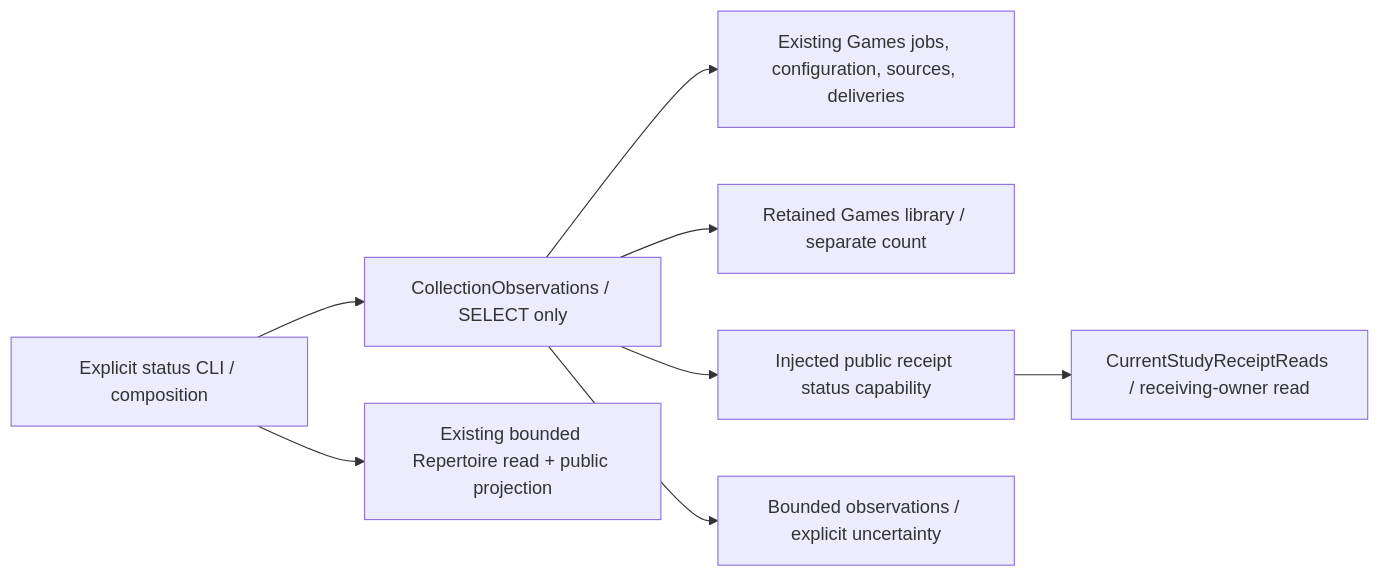
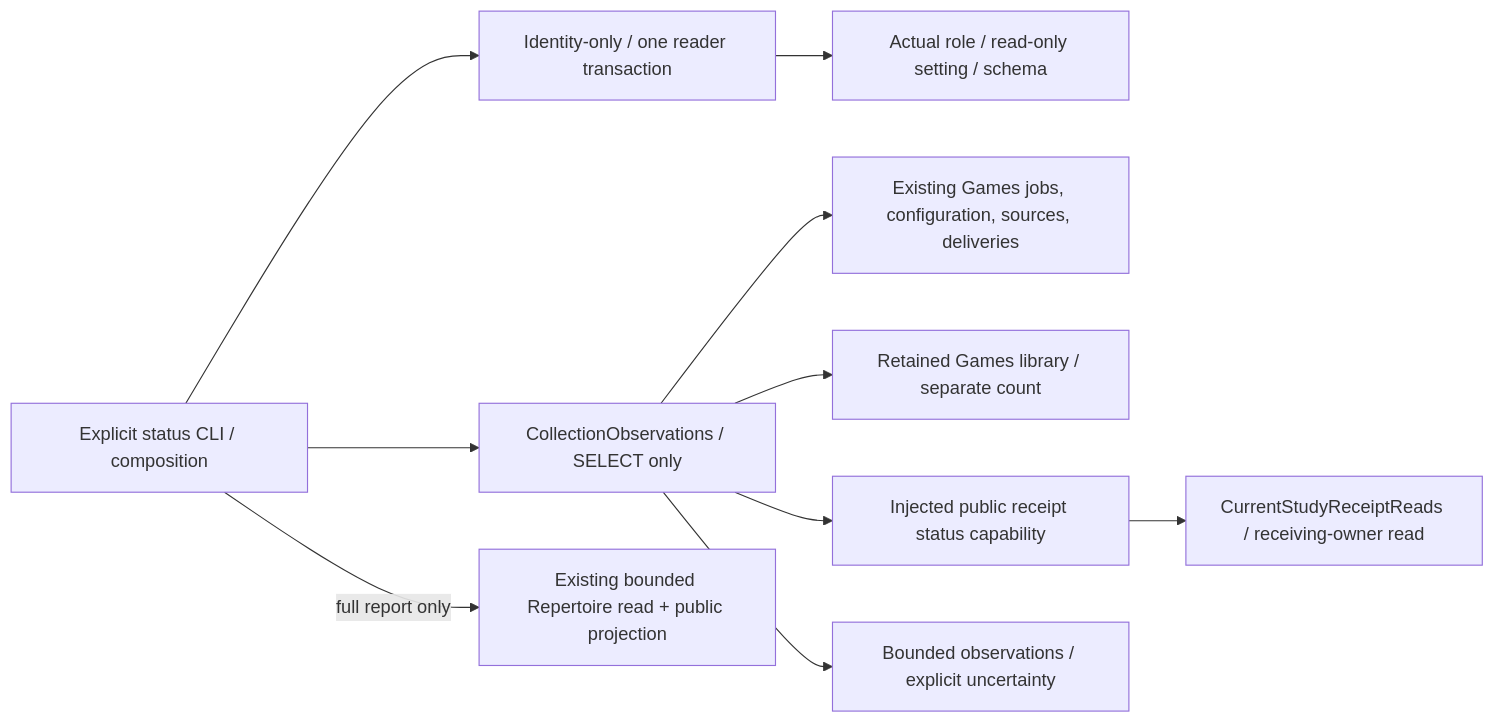
One commit to aaweaver-actuary/tempo changed the second of 2 diagrams in database/tempo_legacy_database/adapters/games/product_review/README.md. Above: the diagram before and after it, drawn with Mermaid. The commit also changed other lines of this file and 6 other files, not shown here.

````diff
--- a/database/tempo_legacy_database/adapters/games/product_review/README.md
+++ b/database/tempo_legacy_database/adapters/games/product_review/README.md
@@ -166,10 +189,12 @@
 ```mermaid
 flowchart LR
   CLI["Explicit status CLI / composition"] --> Reader["CollectionObservations / SELECT only"]
+  CLI --> Identity["Identity-only / one reader transaction"]
+  Identity --> Schema["Actual role / read-only setting / schema"]
   Reader --> Games["Existing Games jobs, configuration, sources, deliveries"]
   Reader --> Legacy["Retained Games library / separate count"]
-  CLI --> Repertoire["Existing bounded Repertoire read + public projection"]
+  CLI -->|full report only| Repertoire["Existing bounded Repertoire read + public projection"]
   Reader --> Port["Injected public receipt status capability"]
   Port --> Receipt["CurrentStudyReceiptReads / receiving-owner read"]
   Reader --> JSON["Bounded observations / explicit uncertainty"]
 ```
````
